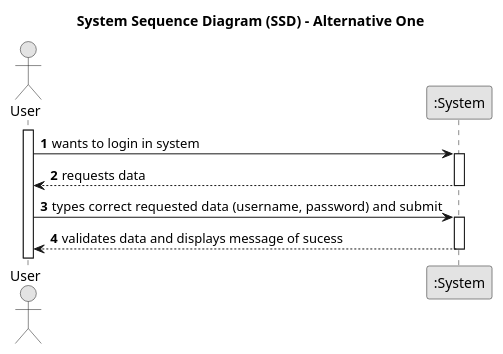
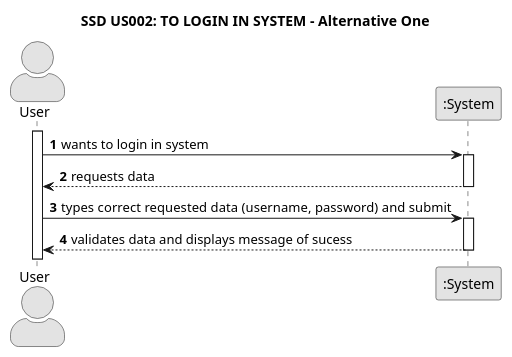
The diagram in docs/sprint01/us002/01.requirements-engineering/puml/us002-system-sequence-diagram-alternative-one.puml (TiagoMagalhaes1232507/Testando-projeto), drawn with PlantUML before and after one commit. The commit also changed 8 other files, not shown here.

```diff
--- a/docs/sprint01/us002/01.requirements-engineering/puml/us002-system-sequence-diagram-alternative-one.puml
+++ b/docs/sprint01/us002/01.requirements-engineering/puml/us002-system-sequence-diagram-alternative-one.puml
@@ -1,27 +1,28 @@
 @startuml
 skinparam monochrome true
 skinparam packageStyle rectangle
 skinparam shadowing false
+skinparam actorStyle awesome
 
-title System Sequence Diagram (SSD) - Alternative One
+title SSD US002: TO LOGIN IN SYSTEM - Alternative One
 
 autonumber
 
 actor "User" as User
 participant ":System" as System
 
 activate User
 
     User -> System : wants to login in system
     activate System
 
         System --> User : requests data
     deactivate System
 
     User -> System : types correct requested data  (username, password) and submit
     activate System
 
         System --> User : validates data and displays message of sucess
     deactivate System
 
 @enduml
```
